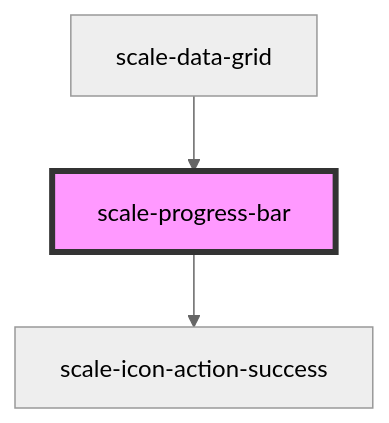
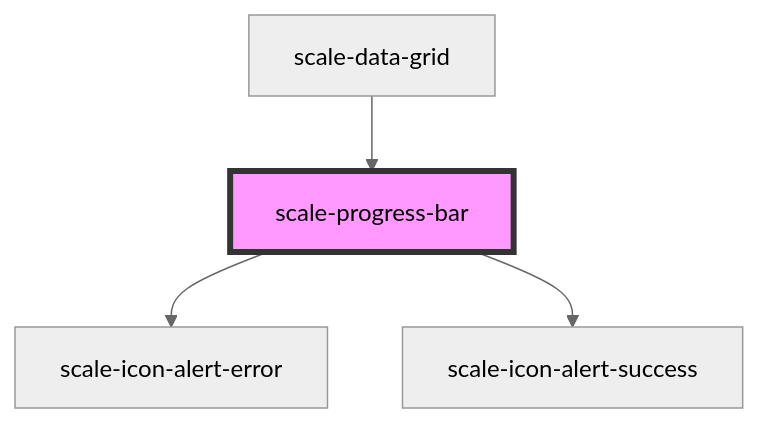
The diagram in packages/components/src/components/progress-bar/readme.md (telekom/scale), drawn with Mermaid (neutral theme) before and after one commit. The commit also changed other lines of this file and 2 other files, not shown here.

Commit message:
fix: progress bar

````diff
--- a/packages/components/src/components/progress-bar/readme.md
+++ b/packages/components/src/components/progress-bar/readme.md
@@ -54,6 +52,7 @@
 ```mermaid
 graph TD;
-  scale-progress-bar --> scale-icon-action-success
+  scale-progress-bar --> scale-icon-alert-error
+  scale-progress-bar --> scale-icon-alert-success
   scale-data-grid --> scale-progress-bar
   style scale-progress-bar fill:#f9f,stroke:#333,stroke-width:4px
 ```
````
